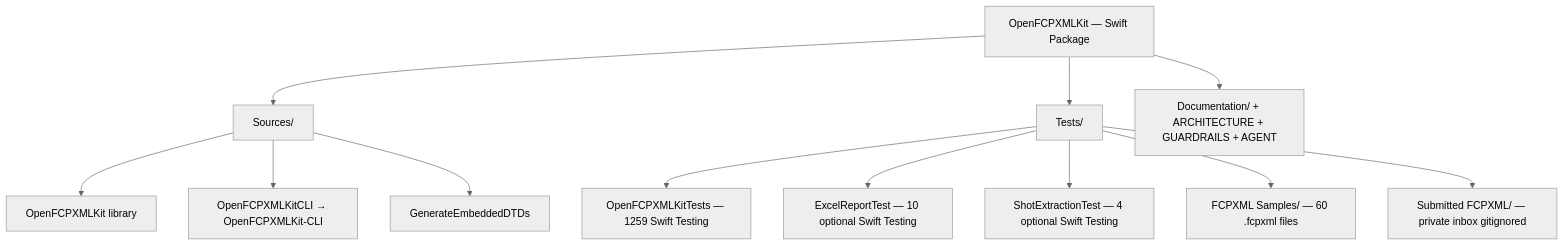
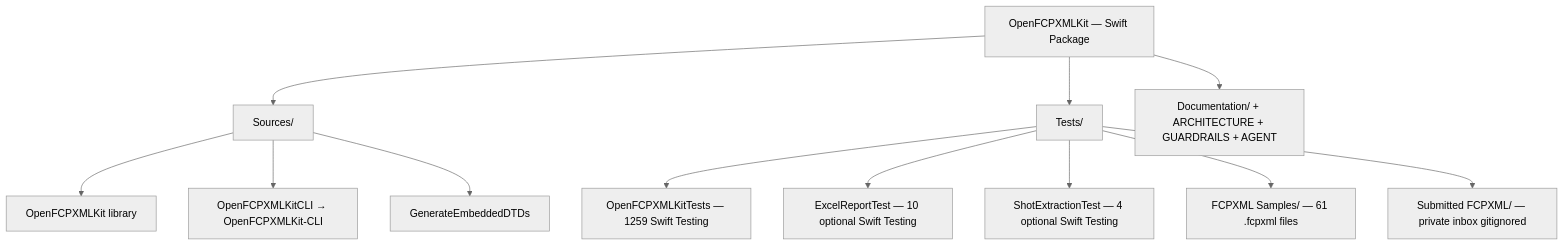
One commit to TheAcharya/OpenFCPXMLKit changed the first of 6 diagrams in ARCHITECTURE.md. Above: the diagram before and after it, drawn with Mermaid (neutral theme). The commit also changed other lines of this file and 3 other files, not shown here.

````diff
--- a/ARCHITECTURE.md
+++ b/ARCHITECTURE.md
@@ -242,18 +261,18 @@
 ```mermaid
 flowchart TB
     Pkg["OpenFCPXMLKit — Swift Package"]
 
     Pkg --> SRC["Sources/"]
     Pkg --> TST["Tests/"]
     Pkg --> DOC["Documentation/ + ARCHITECTURE + GUARDRAILS + AGENT"]
 
     SRC --> LIB["OpenFCPXMLKit library"]
     SRC --> CLI["OpenFCPXMLKitCLI → OpenFCPXMLKit-CLI"]
     SRC --> GEN["GenerateEmbeddedDTDs"]
 
     TST --> OKT["OpenFCPXMLKitTests — 1259 Swift Testing"]
     TST --> ERT["ExcelReportTest — 10 optional Swift Testing"]
     TST --> SET["ShotExtractionTest — 4 optional Swift Testing"]
-    TST --> SMP["FCPXML Samples/ — 60 .fcpxml files"]
+    TST --> SMP["FCPXML Samples/ — 61 .fcpxml files"]
     TST --> SUB["Submitted FCPXML/ — private inbox gitignored"]
 ```
````
